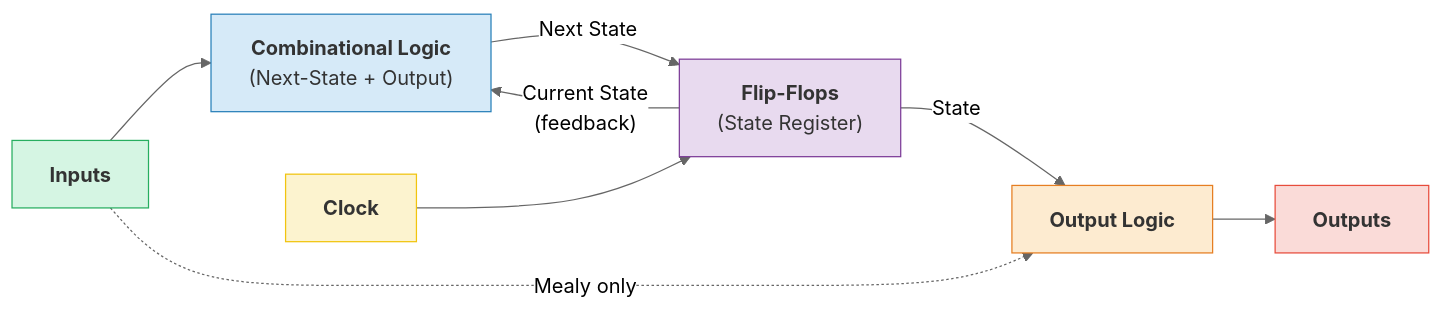
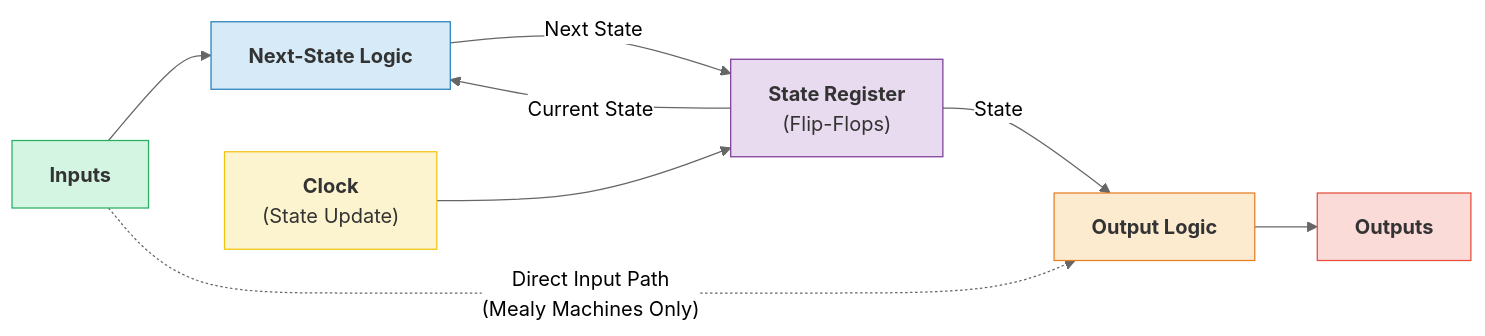
The second of 4 diagrams in docs/unit10-sequential-design/index.md (Nati-123/intelligent-textbook-ee2301), drawn with Mermaid (neutral theme) before and after one commit.

Commit message:
Refine General FSM Structure diagram: clearer block and arrow labels
- Rename Combinational Logic to Next-State Logic
- Rename Flip-Flops (State Register) to State Register (Flip-Flops)
- Simplify feedback label to Current State
- Clarify Mealy arrow: Direct Input Path (Mealy Machines Only)
- Add Clock (State Update) label

````diff
--- a/docs/unit10-sequential-design/index.md
+++ b/docs/unit10-sequential-design/index.md
@@ -698,17 +698,17 @@
 ```mermaid
 flowchart LR
-    INPUT["<b>Inputs</b>"] --> CL["<b>Combinational Logic</b>\n(Next-State + Output)"]
-    CL -->|"Next State"| FF["<b>Flip-Flops</b>\n(State Register)"]
-    FF -->|"Current State\n(feedback)"| CL
+    INPUT["<b>Inputs</b>"] --> CL["<b>Next-State Logic</b>"]
+    CL -->|"Next State"| FF["<b>State Register</b>\n(Flip-Flops)"]
+    FF -->|"Current State"| CL
     FF -->|"State"| OL["<b>Output Logic</b>"]
-    INPUT -.->|"Mealy only"| OL
+    INPUT -.->|"Direct Input Path\n(Mealy Machines Only)"| OL
     OL --> OUTPUT["<b>Outputs</b>"]
-    CLK["<b>Clock</b>"] --> FF
+    CLK["<b>Clock</b>\n(State Update)"] --> FF
 
     style INPUT fill:#D5F5E3,stroke:#27AE60,color:#333
     style CL fill:#D6EAF8,stroke:#2980B9,color:#333
     style FF fill:#E8DAEF,stroke:#7D3C98,color:#333
     style OL fill:#FDEBD0,stroke:#E67E22,color:#333
     style OUTPUT fill:#FADBD8,stroke:#E74C3C,color:#333
     style CLK fill:#FCF3CF,stroke:#F1C40F,color:#333
 ```
````
